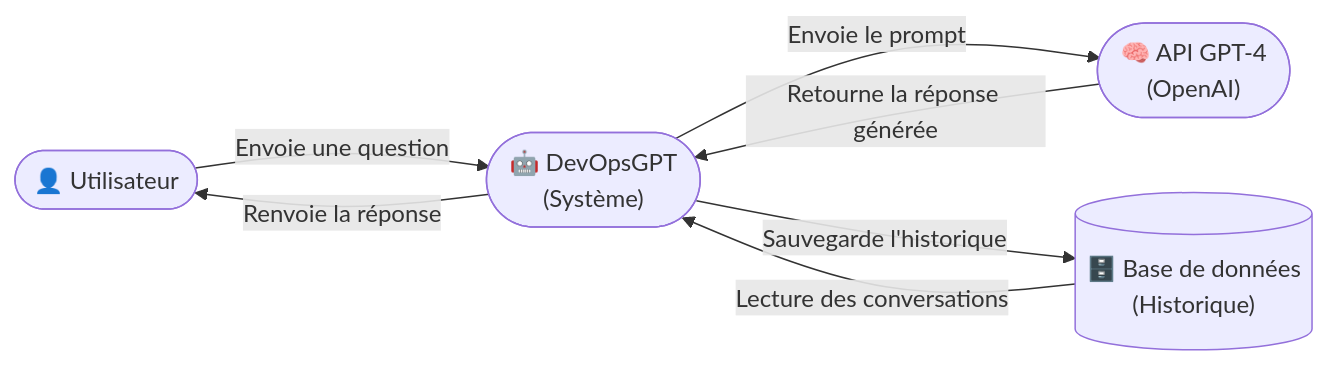
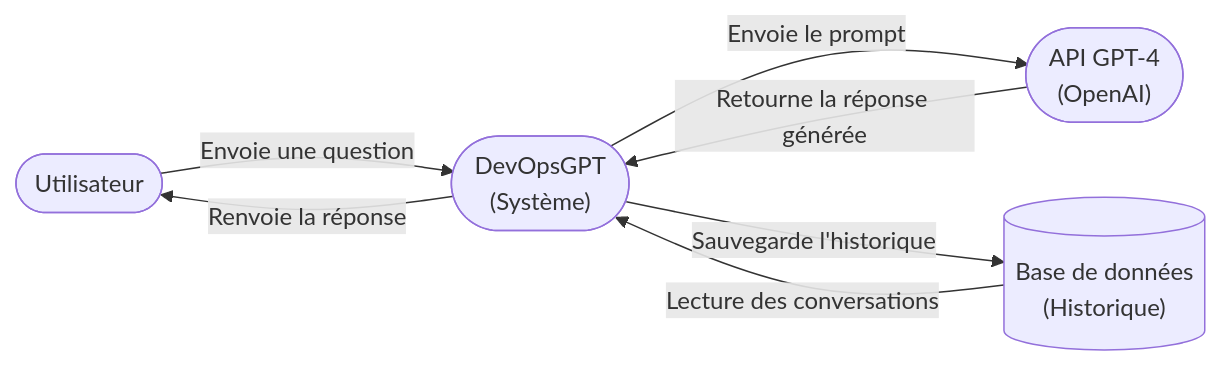
The first of 2 diagrams in REPONSES.md (Chems08/devops-gpt), drawn with Mermaid before and after one commit. The commit also changed 1 other file, not shown here.

Commit message:
last fix

````diff
--- a/REPONSES.md
+++ b/REPONSES.md
@@ -14,14 +14,14 @@
 ```mermaid
 flowchart LR
-    User(["👤 Utilisateur"])
-    System(["🤖 DevOpsGPT<br/>(Système)"])
-    GPT(["🧠 API GPT-4<br/>(OpenAI)"])
-    DB[("🗄️ Base de données<br/>(Historique)")]
+    User(["Utilisateur"])
+    System(["DevOpsGPT<br/>(Système)"])
+    GPT(["API GPT-4<br/>(OpenAI)"])
+    DB[("Base de données<br/>(Historique)")]
 
     User -- "Envoie une question" --> System
     System -- "Renvoie la réponse" --> User
     System -- "Envoie le prompt" --> GPT
     GPT -- "Retourne la réponse générée" --> System
     System -- "Sauvegarde l'historique" --> DB
     DB -- "Lecture des conversations" --> System
 ```
````
